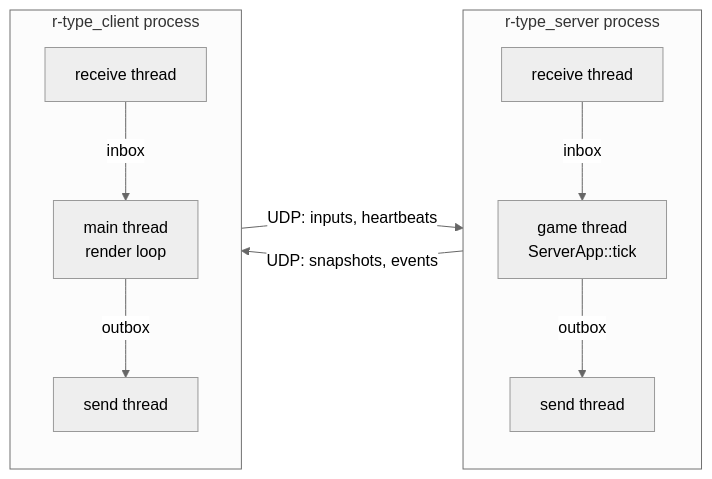
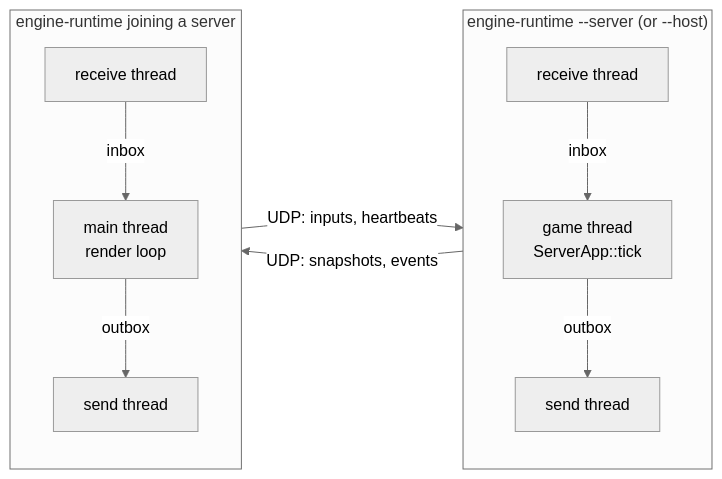
One commit to Saitamadupauvre/RType changed the third of 4 diagrams in docs/architecture.md. Above: the diagram before and after it, drawn with Mermaid (neutral theme). The commit also changed other lines of this file and 25 other files, not shown here.

````diff
--- a/docs/architecture.md
+++ b/docs/architecture.md
@@ -328,15 +332,15 @@
 ```mermaid
 flowchart LR
-    subgraph Server["r-type_server process"]
+    subgraph Server["engine-runtime --server (or --host)"]
         direction TB
         RX["receive thread"] -- inbox --> GT["game thread<br/>ServerApp::tick"]
         GT -- outbox --> TX["send thread"]
     end
-    subgraph Client["r-type_client process"]
+    subgraph Client["engine-runtime joining a server"]
         direction TB
         CRX["receive thread"] -- inbox --> MT["main thread<br/>render loop"]
         MT -- outbox --> CTX["send thread"]
     end
     TX -- "UDP: snapshots, events" --> CRX
     CTX -- "UDP: inputs, heartbeats" --> RX
 ```
````
